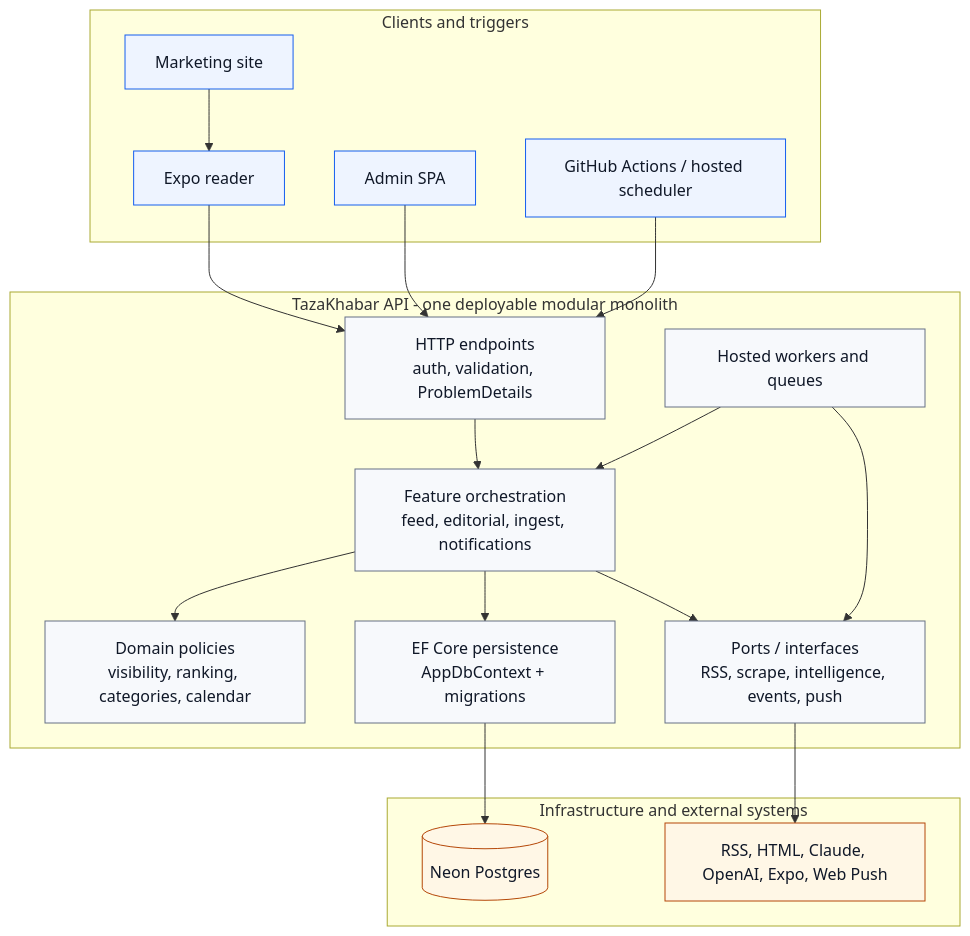
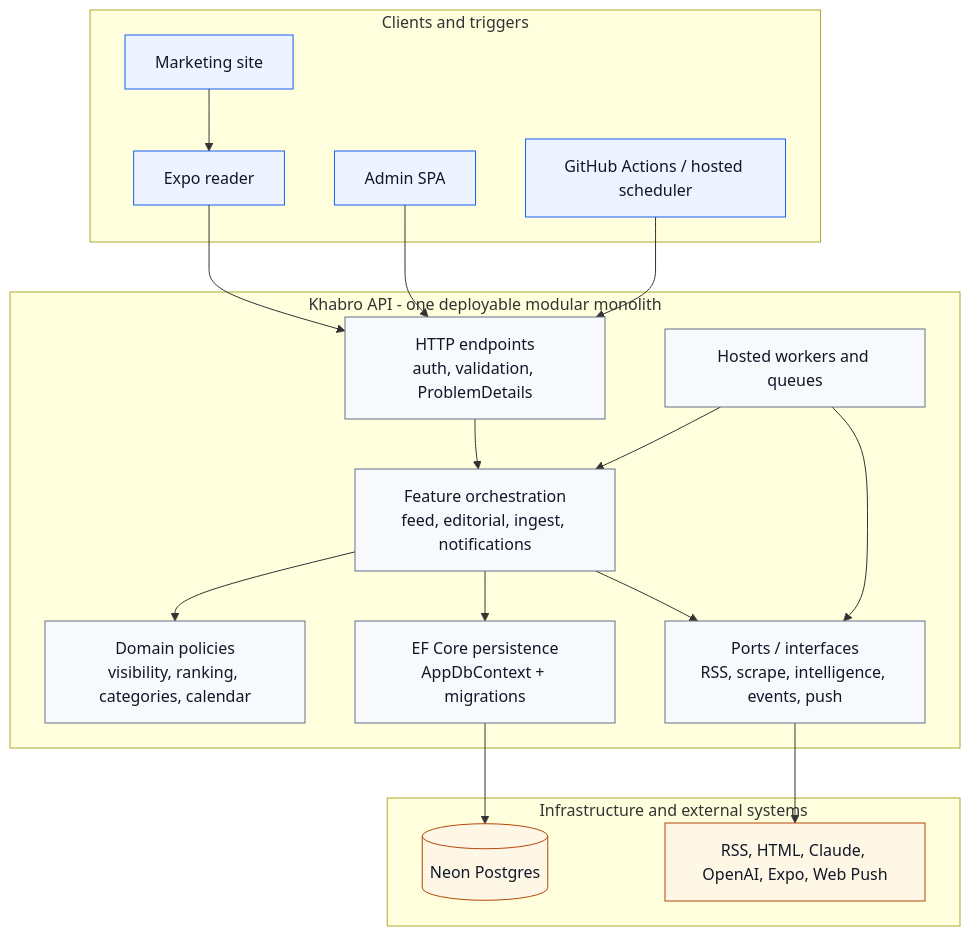
One commit to sshivanshg/TAZAkhabar changed the first of 6 diagrams in docs/architecture/11-design-principles.md. Above: the diagram before and after it, drawn with Mermaid. The commit also changed other lines of this file and 91 other files, not shown here.

````diff
--- a/docs/architecture/11-design-principles.md
+++ b/docs/architecture/11-design-principles.md
@@ -16,43 +16,43 @@
 ```mermaid
 flowchart TB
   subgraph clients [Clients and triggers]
     Reader[Expo reader]
     Admin[Admin SPA]
     Site[Marketing site]
     Schedulers[GitHub Actions / hosted scheduler]
   end
 
-  subgraph api [TazaKhabar API - one deployable modular monolith]
+  subgraph api [Khabro API - one deployable modular monolith]
     Transport[HTTP endpoints<br/>auth, validation, ProblemDetails]
     Application[Feature orchestration<br/>feed, editorial, ingest, notifications]
     Policies[Domain policies<br/>visibility, ranking, categories, calendar]
     Ports[Ports / interfaces<br/>RSS, scrape, intelligence, events, push]
     Persistence[EF Core persistence<br/>AppDbContext + migrations]
     Workers[Hosted workers and queues]
   end
 
   subgraph infrastructure [Infrastructure and external systems]
     Db[(Neon Postgres)]
     Providers[RSS, HTML, Claude, OpenAI, Expo, Web Push]
   end
 
   Reader --> Transport
   Admin --> Transport
   Site --> Reader
   Schedulers --> Transport
   Transport --> Application
   Application --> Policies
   Application --> Ports
   Application --> Persistence
   Workers --> Application
   Workers --> Ports
   Ports --> Providers
   Persistence --> Db
 
   classDef boundary fill:#eef4ff,stroke:#155eef,color:#101828;
   classDef api fill:#f7f9fc,stroke:#667085,color:#101828;
   classDef infra fill:#fff7e6,stroke:#b54708,color:#101828;
   class Reader,Admin,Site,Schedulers boundary;
   class Transport,Application,Policies,Ports,Persistence,Workers api;
   class Db,Providers infra;
 ```
````
